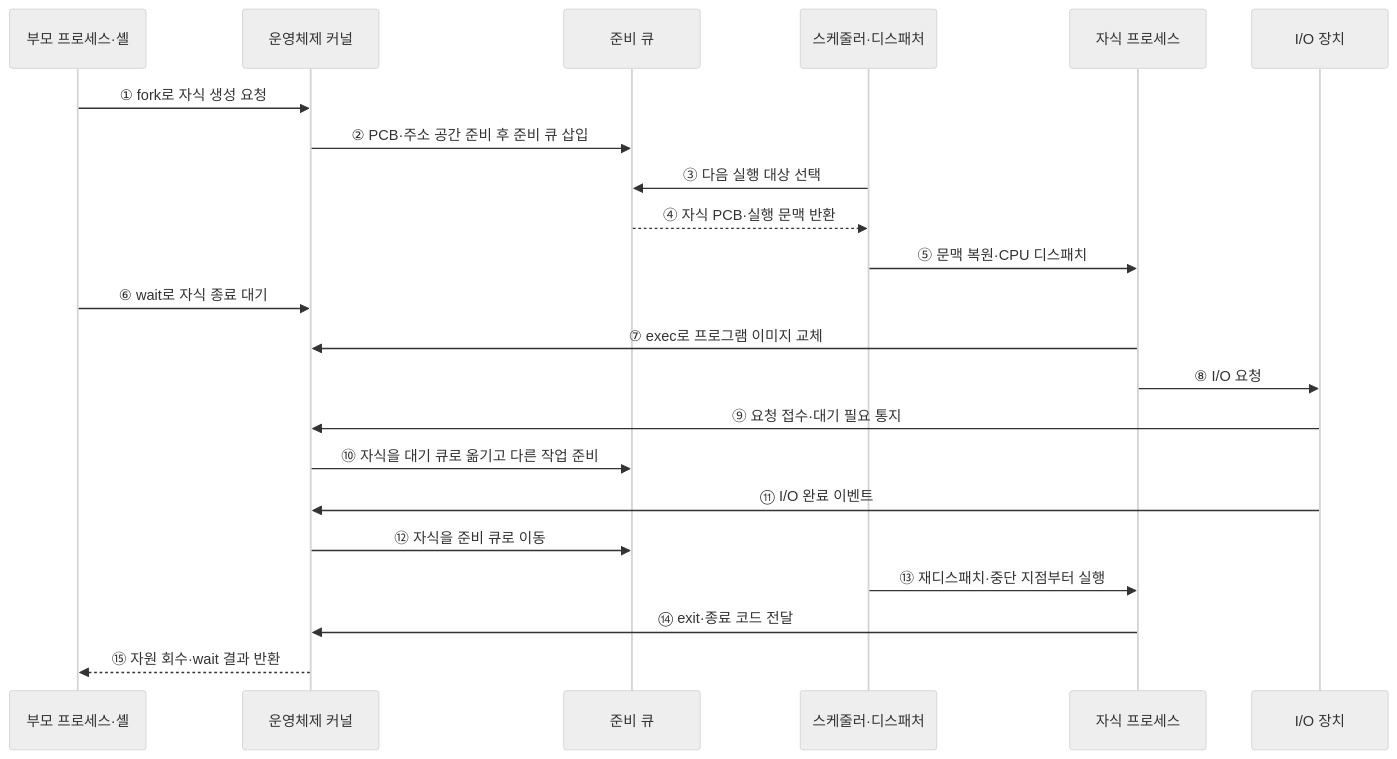
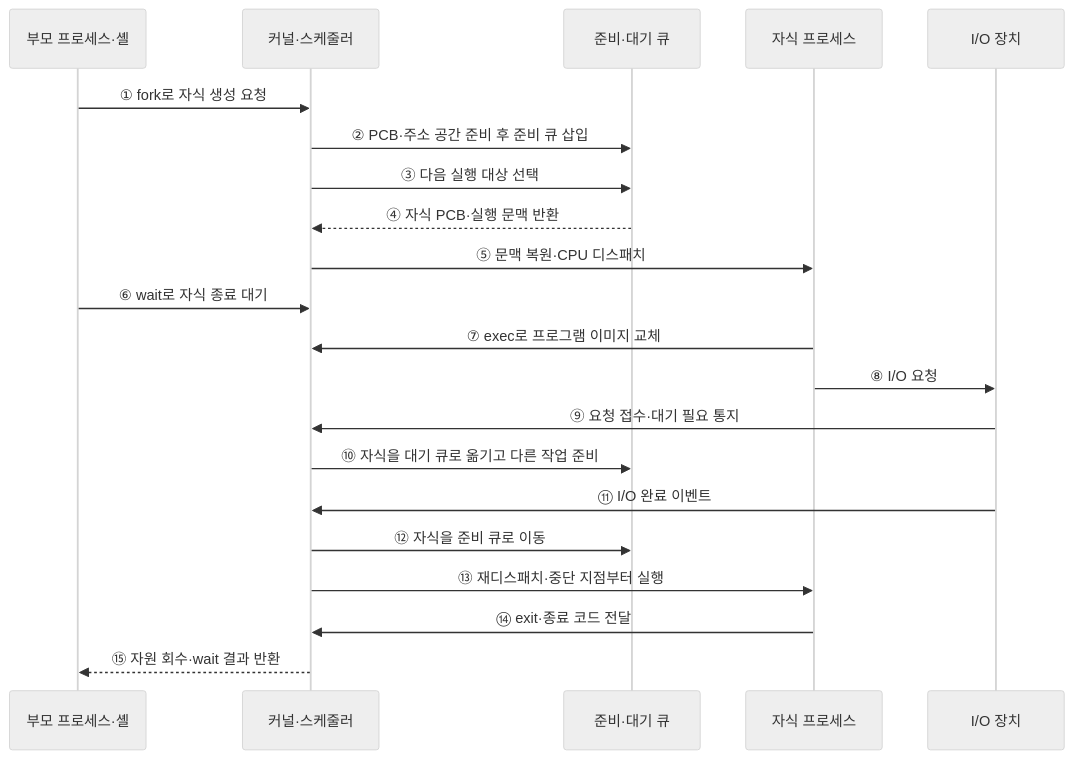
The second of 2 diagrams in src/content/docs/notes/03-software/003_process_lifecycle.md (agnusdei1207/knowledge-base), drawn with Mermaid (neutral theme) before and after one commit. The commit also changed other lines of this file and 20 other files, not shown here.

````diff
--- a/src/content/docs/notes/03-software/003_process_lifecycle.md
+++ b/src/content/docs/notes/03-software/003_process_lifecycle.md
@@ -93,25 +86,24 @@
 ```mermaid
 sequenceDiagram
     participant H as 부모 프로세스·셸
-    participant K as 운영체제 커널
-    participant Q as 준비 큐
-    participant S as 스케줄러·디스패처
+    participant K as 커널·스케줄러
+    participant Q as 준비·대기 큐
     participant C as 자식 프로세스
     participant D as I/O 장치
 
     H->>K: ① fork로 자식 생성 요청
     K->>Q: ② PCB·주소 공간 준비 후 준비 큐 삽입
-    S->>Q: ③ 다음 실행 대상 선택
-    Q-->>S: ④ 자식 PCB·실행 문맥 반환
-    S->>C: ⑤ 문맥 복원·CPU 디스패치
+    K->>Q: ③ 다음 실행 대상 선택
+    Q-->>K: ④ 자식 PCB·실행 문맥 반환
+    K->>C: ⑤ 문맥 복원·CPU 디스패치
     H->>K: ⑥ wait로 자식 종료 대기
     C->>K: ⑦ exec로 프로그램 이미지 교체
     C->>D: ⑧ I/O 요청
     D->>K: ⑨ 요청 접수·대기 필요 통지
     K->>Q: ⑩ 자식을 대기 큐로 옮기고 다른 작업 준비
     D->>K: ⑪ I/O 완료 이벤트
     K->>Q: ⑫ 자식을 준비 큐로 이동
-    S->>C: ⑬ 재디스패치·중단 지점부터 실행
+    K->>C: ⑬ 재디스패치·중단 지점부터 실행
     C->>K: ⑭ exit·종료 코드 전달
     K-->>H: ⑮ 자원 회수·wait 결과 반환
 ```
````
